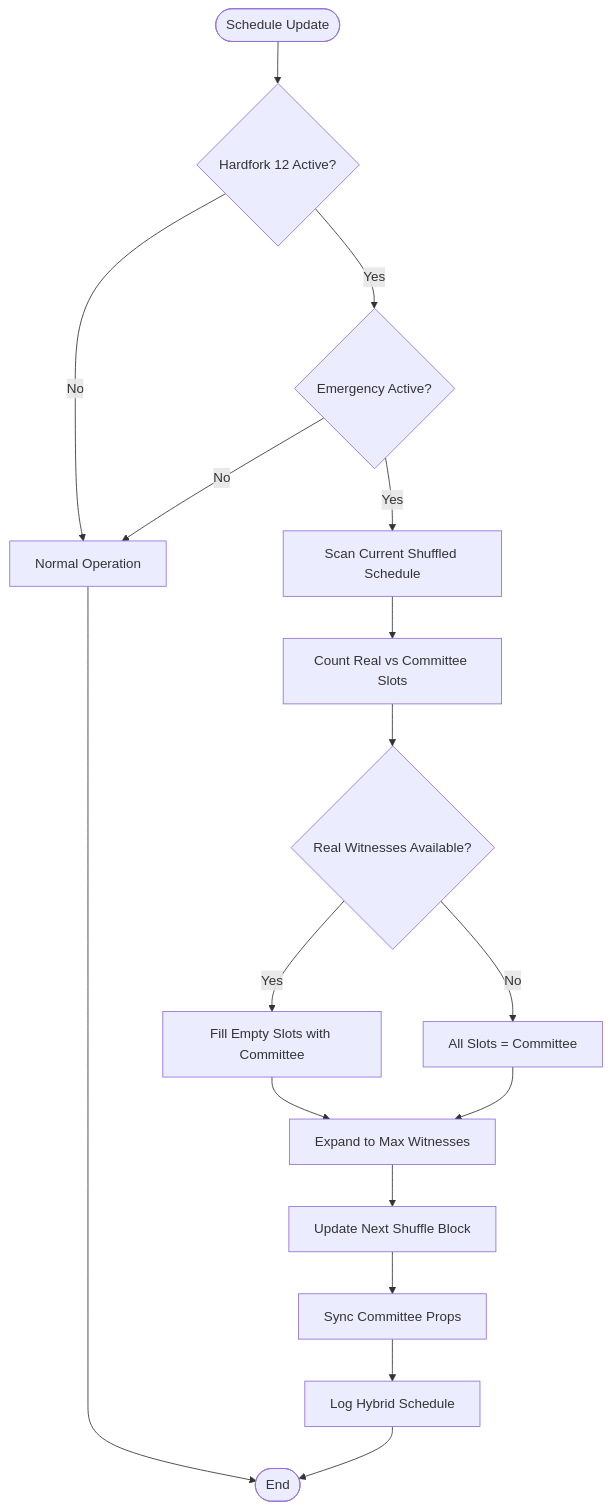
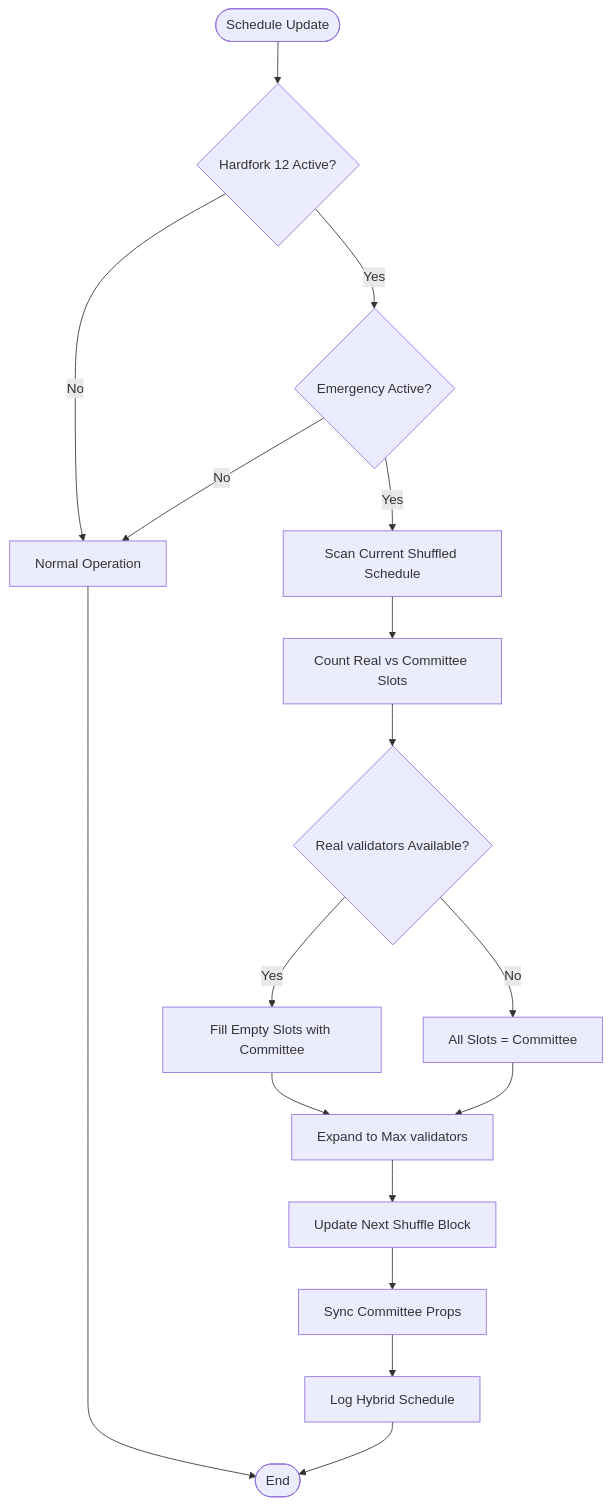
One commit to VIZ-Blockchain/viz-cpp-node changed the fifth of 9 diagrams in .qoder/repowiki/en/content/Core Libraries/Emergency Consensus System.md. Above: the diagram before and after it, drawn with Mermaid. The commit also changed other lines of this file and 88 other files, not shown here.

````diff
--- a/.qoder/repowiki/en/content/Core Libraries/Emergency Consensus System.md
+++ b/.qoder/repowiki/en/content/Core Libraries/Emergency Consensus System.md
@@ -284,19 +284,19 @@
 ```mermaid
 flowchart TD
 Start([Schedule Update]) --> CheckHF{"Hardfork 12 Active?"}
 CheckHF --> |No| Normal[Normal Operation]
 CheckHF --> |Yes| CheckEmergency{"Emergency Active?"}
 CheckEmergency --> |No| Normal
 CheckEmergency --> |Yes| ScanSchedule["Scan Current Shuffled Schedule"]
 ScanSchedule --> CountSlots["Count Real vs Committee Slots"]
-CountSlots --> CheckAvailability{"Real Witnesses Available?"}
+CountSlots --> CheckAvailability{"Real validators Available?"}
 CheckAvailability --> |Yes| FillCommittee["Fill Empty Slots with Committee"]
 CheckAvailability --> |No| AllCommittee["All Slots = Committee"]
-FillCommittee --> ExpandSchedule["Expand to Max Witnesses"]
+FillCommittee --> ExpandSchedule["Expand to Max validators"]
 AllCommittee --> ExpandSchedule
 ExpandSchedule --> UpdateNextShuffle["Update Next Shuffle Block"]
 UpdateNextShuffle --> SyncCommittee["Sync Committee Props"]
 SyncCommittee --> LogHybrid["Log Hybrid Schedule"]
 LogHybrid --> End([End])
 Normal --> End
 ```
````
